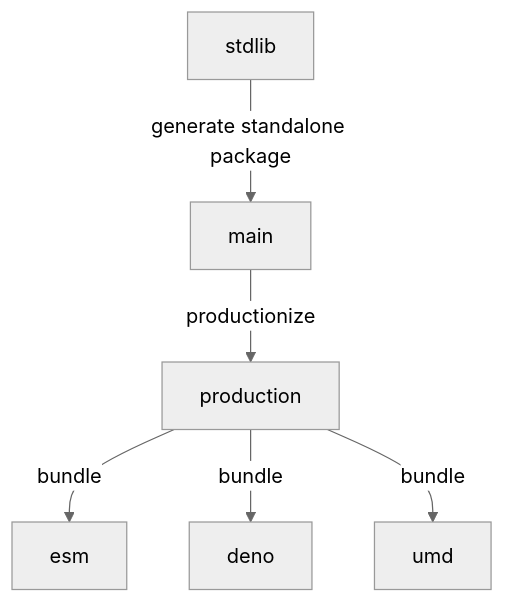
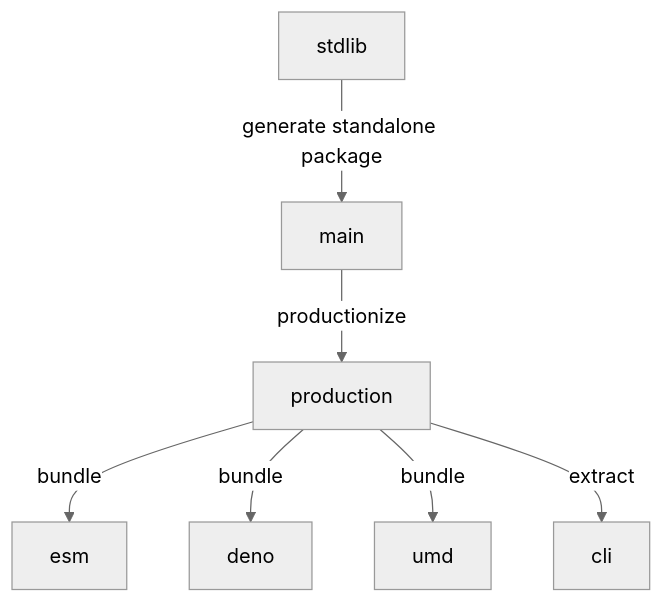
One commit to stdlib-js/assert-is-leap-year changed the diagram in branches.md. Above: the diagram before and after it, drawn with Mermaid (neutral theme). The commit also changed other lines of this file and 8 other files, not shown here.

````diff
--- a/branches.md
+++ b/branches.md
@@ -33,15 +34,17 @@
 ```mermaid
 graph TD;
 A[stdlib]-->|generate standalone package|B;
 B[main] -->|productionize| C[production];
 C -->|bundle| D[esm];
 C -->|bundle| E[deno];
 C -->|bundle| F[umd];
+C -->|extract| G[cli];
 
-click A href "https://github.com/stdlib-js/stdlib/tree/develop/lib/node_modules/%40stdlib/assert/is-leap-year"
-click B href "https://github.com/stdlib-js/assert-is-leap-year/tree/main"
-click C href "https://github.com/stdlib-js/assert-is-leap-year/tree/production"
-click D href "https://github.com/stdlib-js/assert-is-leap-year/tree/esm"
-click E href "https://github.com/stdlib-js/assert-is-leap-year/tree/deno"
-click F href "https://github.com/stdlib-js/assert-is-leap-year/tree/umd"
+%% click A href "https://github.com/stdlib-js/stdlib/tree/develop/lib/node_modules/%40stdlib/assert/is-leap-year"
+%% click B href "https://github.com/stdlib-js/assert-is-leap-year/tree/main"
+%% click C href "https://github.com/stdlib-js/assert-is-leap-year/tree/production"
+%% click D href "https://github.com/stdlib-js/assert-is-leap-year/tree/esm"
+%% click E href "https://github.com/stdlib-js/assert-is-leap-year/tree/deno"
+%% click F href "https://github.com/stdlib-js/assert-is-leap-year/tree/umd"
+%% click G href "https://github.com/stdlib-js/assert-is-leap-year/tree/cli"
 ```
````
